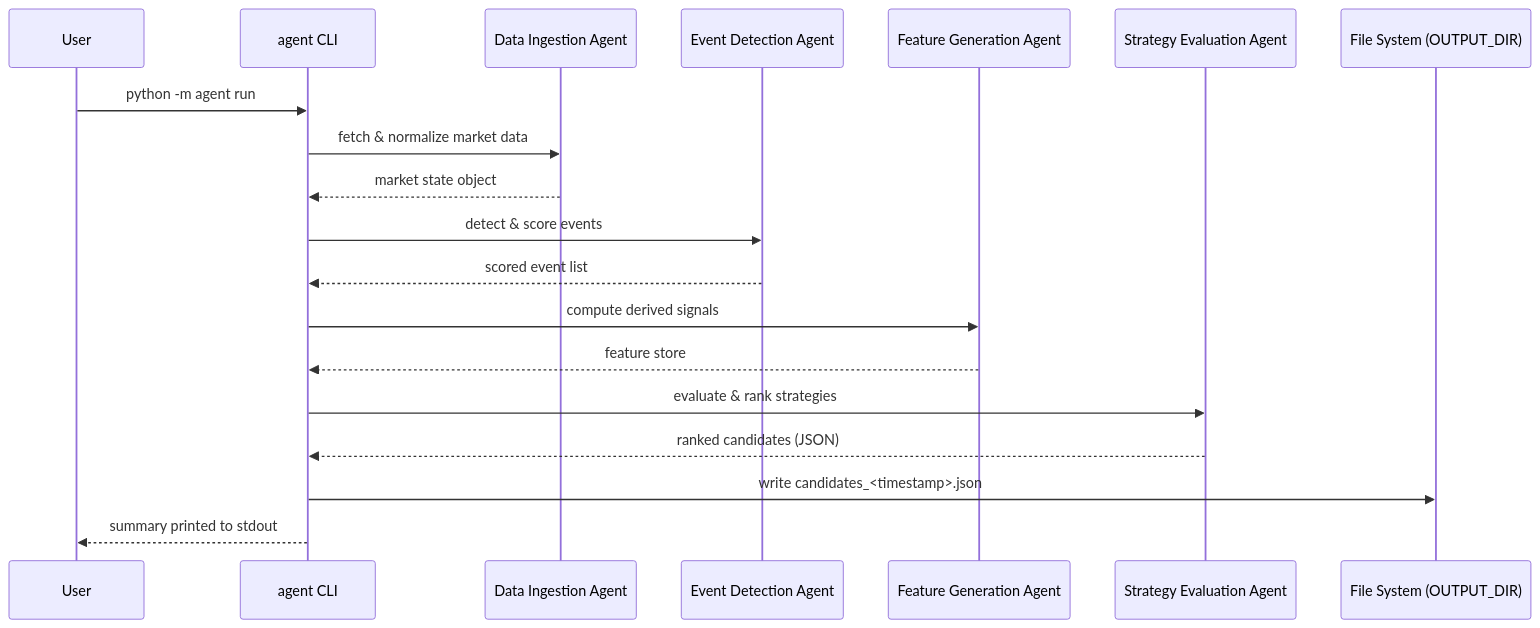
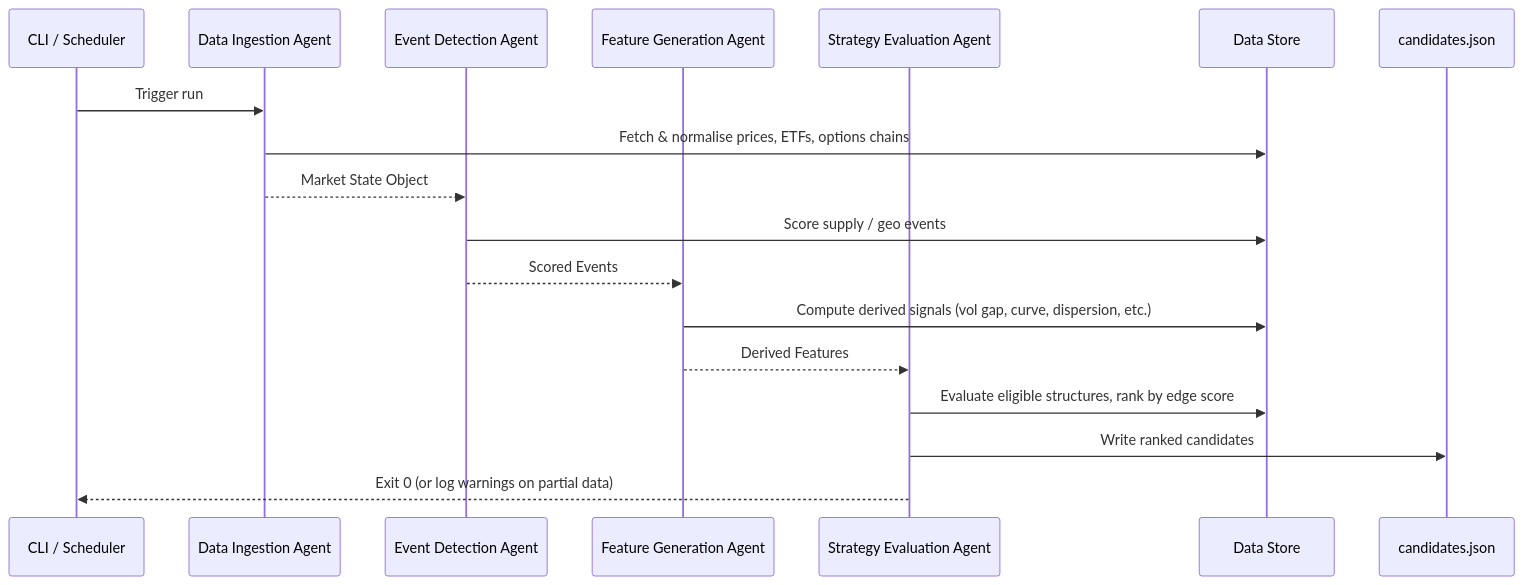
Before and after one commit to jeisenback/golden_boy_peanuts: the second of 2 diagrams in docs/generated/user_guide_full-pipeline.md, drawn with Mermaid. The commit also changed other lines of this file, not shown here.

Commit message:
docs: regenerate user guide [skip ci]

````diff
--- a/docs/generated/user_guide_full-pipeline.md
+++ b/docs/generated/user_guide_full-pipeline.md
@@ -186,22 +230,21 @@
 ```mermaid
 sequenceDiagram
-    participant User
-    participant CLI as agent CLI
+    participant CLI as CLI / Scheduler
     participant DIA as Data Ingestion Agent
     participant EDA as Event Detection Agent
     participant FGA as Feature Generation Agent
     participant SEA as Strategy Evaluation Agent
-    participant FS as File System (OUTPUT_DIR)
+    participant Store as Data Store
+    participant Out as candidates.json
 
-    User->>CLI: python -m agent run
-    CLI->>DIA: fetch & normalize market data
-    DIA-->>CLI: market state object
-    CLI->>EDA: detect & score events
-    EDA-->>CLI: scored event list
-    CLI->>FGA: compute derived signals
-    FGA-->>CLI: feature store
-    CLI->>SEA: evaluate & rank strategies
-    SEA-->>CLI: ranked candidates (JSON)
-    CLI->>FS: write candidates_<timestamp>.json
-    CLI-->>User: summary printed to stdout
+    CLI->>DIA: Trigger run
+    DIA->>Store: Fetch & normalise prices, ETFs, options chains
+    DIA-->>EDA: Market State Object
+    EDA->>Store: Score supply / geo events
+    EDA-->>FGA: Scored Events
+    FGA->>Store: Compute derived signals (vol gap, curve, dispersion, etc.)
+    FGA-->>SEA: Derived Features
+    SEA->>Store: Evaluate eligible structures, rank by edge score
+    SEA->>Out: Write ranked candidates
+    SEA-->>CLI: Exit 0 (or log warnings on partial data)
 ```
````
